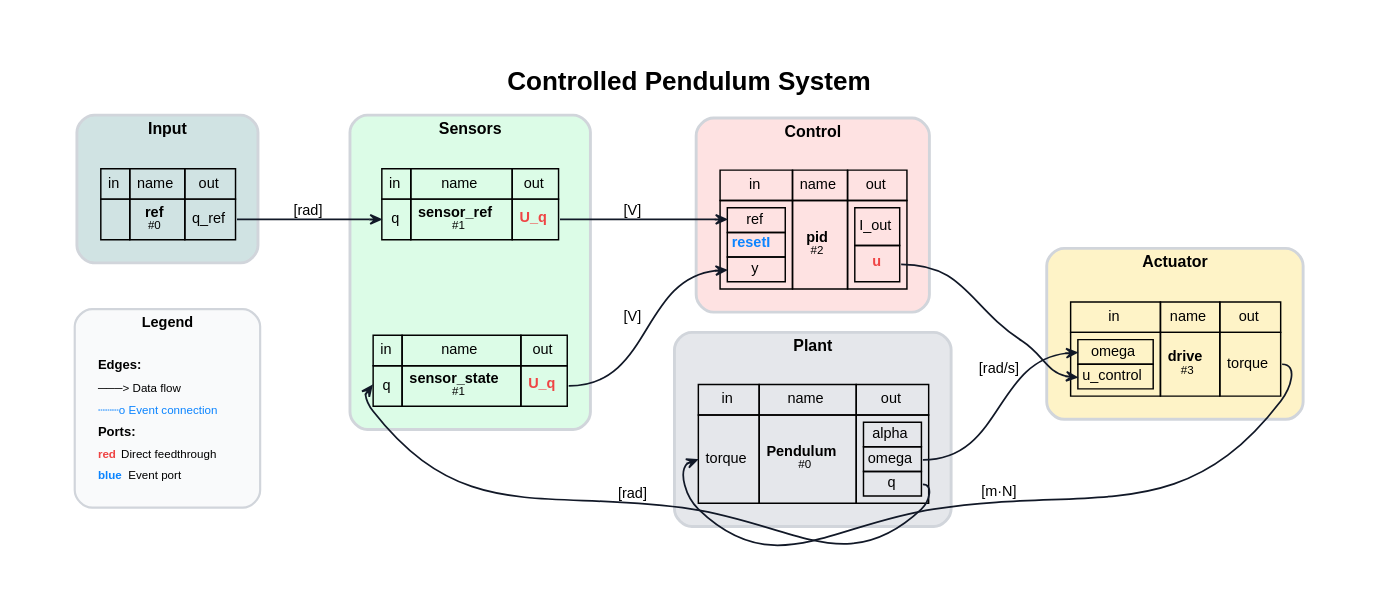
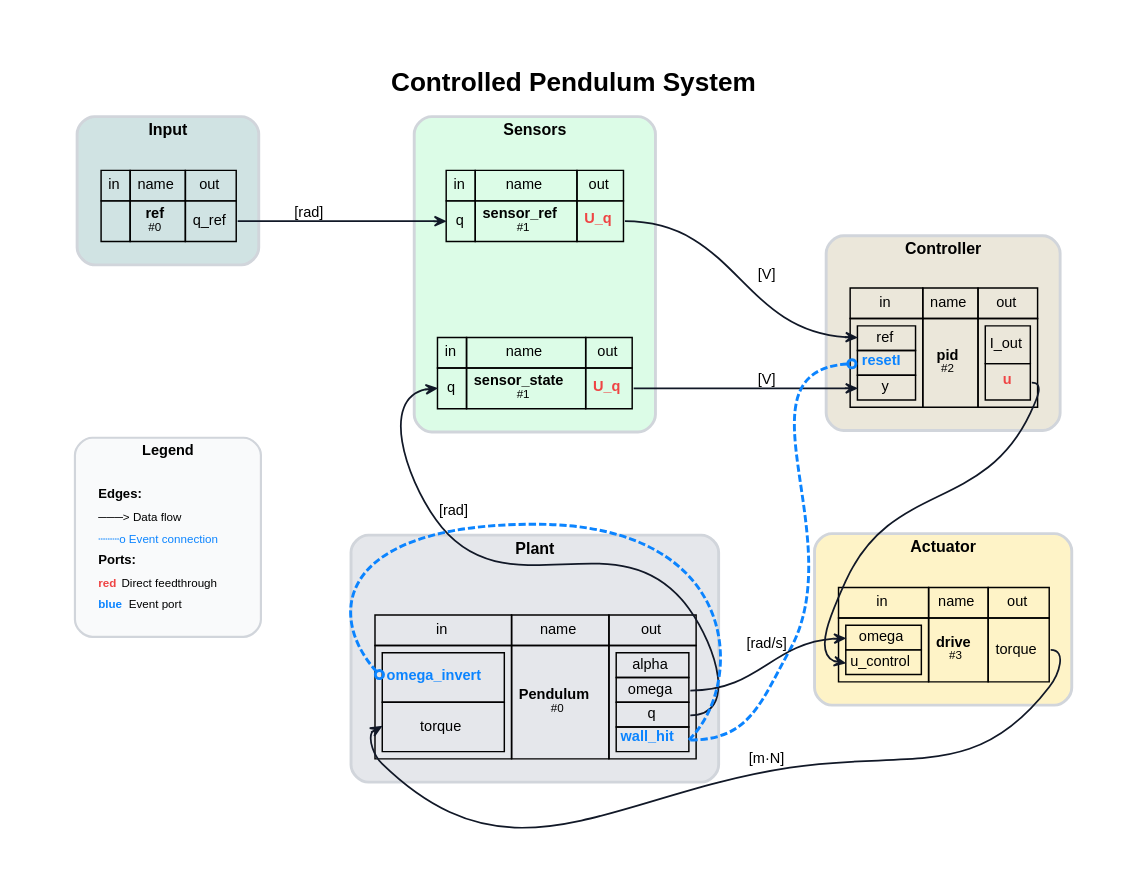
Before and after one commit to FlorianFrech/SystemSimulation: the diagram in demos/ControlledPendulum/Digraph.gv, drawn with Graphviz. The commit also changed 25 other files, not shown here.

```diff
--- a/demos/ControlledPendulum/Digraph.gv
+++ b/demos/ControlledPendulum/Digraph.gv
@@ -1,47 +1,49 @@
 // System: Controlled Pendulum System
 digraph {
 	graph [bgcolor=white compound=true esep=0 fontname="Helvetica-Bold" fontsize=18 label="Controlled Pendulum System" labelloc=t margin=0.2 nodesep=0.8 pad=0.5 rankdir=LR ranksep=0.8 sep=0 splines=true]
 	node [fillcolor=white fontname=Helvetica fontsize=10 margin="0.05,0.05" shape=plaintext style=""]
 	edge [arrowhead=vee arrowsize=0.7 arrowtail=none color="#111827" dir=forward fontname=Helvetica fontsize=10 labelangle=45 labelfontcolor="#374151" minlen=1.2 penwidth=1.2]
 	subgraph cluster_legend {
 		bgcolor="#f9fafb" color="#d1d5db" fontname="Helvetica-Bold" fontsize=10 label=Legend margin=8 penwidth=1.5 rank=sink style=rounded
 		legend_node [label=<
             <TABLE BORDER="0" CELLBORDER="0" CELLSPACING="2" CELLPADDING="2">
                 <TR><TD ALIGN="LEFT"><FONT POINT-SIZE="9"><B>Edges:</B></FONT></TD></TR>
                 <TR><TD ALIGN="LEFT"><FONT POINT-SIZE="8">───&gt; Data flow</FONT></TD></TR>
                 <TR><TD ALIGN="LEFT"><FONT POINT-SIZE="8" COLOR="#0b84ff">┄┄┄o Event connection</FONT></TD></TR>
                 <TR><TD ALIGN="LEFT"><FONT POINT-SIZE="9"><B>Ports:</B></FONT></TD></TR>
                 <TR><TD ALIGN="LEFT"><FONT POINT-SIZE="8" COLOR="#ef4444"><B>red</B></FONT> Direct feedthrough</TD></TR>
                 <TR><TD ALIGN="LEFT"><FONT POINT-SIZE="8" COLOR="#0b84ff"><B>blue</B></FONT> Event port</TD></TR>
             </TABLE>
             > fontsize=8 shape=plaintext]
 	}
 	subgraph cluster_Input {
 		bgcolor="#d0e3e3" color="#d1d5db" fontname="Helvetica-Bold" fontsize=11 label=Input margin=12 penwidth=2 style=rounded
 		ref [label=<<TABLE BORDER="0" CELLBORDER="1" CELLSPACING="0" CELLPADDING="4"><TR><TD>in</TD><TD>name</TD><TD>out</TD></TR><TR><TD></TD><TD><B>ref</B><BR/><FONT POINT-SIZE="8">#0</FONT></TD><TD PORT="q_ref">q_ref</TD></TR></TABLE>>]
 	}
 	subgraph cluster_Sensors {
 		bgcolor="#dcfce7" color="#d1d5db" fontname="Helvetica-Bold" fontsize=11 label=Sensors margin=12 penwidth=2 style=rounded
 		sensor_ref [label=<<TABLE BORDER="0" CELLBORDER="1" CELLSPACING="0" CELLPADDING="4"><TR><TD>in</TD><TD>name</TD><TD>out</TD></TR><TR><TD PORT="q">q</TD><TD><B>sensor_ref</B><BR/><FONT POINT-SIZE="8">#1</FONT></TD><TD PORT="U_q"><FONT COLOR="#ef4444"><B>U_q</B></FONT></TD></TR></TABLE>>]
 		sensor_state [label=<<TABLE BORDER="0" CELLBORDER="1" CELLSPACING="0" CELLPADDING="4"><TR><TD>in</TD><TD>name</TD><TD>out</TD></TR><TR><TD PORT="q">q</TD><TD><B>sensor_state</B><BR/><FONT POINT-SIZE="8">#1</FONT></TD><TD PORT="U_q"><FONT COLOR="#ef4444"><B>U_q</B></FONT></TD></TR></TABLE>>]
 	}
-	subgraph cluster_Control {
-		bgcolor="#fee2e2" color="#d1d5db" fontname="Helvetica-Bold" fontsize=11 label=Control margin=12 penwidth=2 style=rounded
+	subgraph cluster_Controller {
+		bgcolor="#ebe7da" color="#d1d5db" fontname="Helvetica-Bold" fontsize=11 label=Controller margin=12 penwidth=2 style=rounded
 		pid [label=<<TABLE BORDER="0" CELLBORDER="1" CELLSPACING="0" CELLPADDING="4"><TR><TD>in</TD><TD>name</TD><TD>out</TD></TR><TR><TD><TABLE BORDER="0" CELLBORDER="1" CELLSPACING="0" CELLPADDING="2"><TR><TD PORT="ref">ref</TD></TR><TR><TD PORT="resetI"><FONT COLOR="#0b84ff"><B>resetI</B></FONT></TD></TR><TR><TD PORT="y">y</TD></TR></TABLE></TD><TD><B>pid</B><BR/><FONT POINT-SIZE="8">#2</FONT></TD><TD><TABLE BORDER="0" CELLBORDER="1" CELLSPACING="0" CELLPADDING="2"><TR><TD PORT="I_out">I_out</TD></TR><TR><TD PORT="u"><FONT COLOR="#ef4444"><B>u</B></FONT></TD></TR></TABLE></TD></TR></TABLE>>]
 	}
 	subgraph cluster_Actuator {
 		bgcolor="#fef3c7" color="#d1d5db" fontname="Helvetica-Bold" fontsize=11 label=Actuator margin=12 penwidth=2 style=rounded
 		drive [label=<<TABLE BORDER="0" CELLBORDER="1" CELLSPACING="0" CELLPADDING="4"><TR><TD>in</TD><TD>name</TD><TD>out</TD></TR><TR><TD><TABLE BORDER="0" CELLBORDER="1" CELLSPACING="0" CELLPADDING="2"><TR><TD PORT="omega">omega</TD></TR><TR><TD PORT="u_control">u_control</TD></TR></TABLE></TD><TD><B>drive</B><BR/><FONT POINT-SIZE="8">#3</FONT></TD><TD PORT="torque">torque</TD></TR></TABLE>>]
 	}
 	subgraph cluster_Plant {
 		bgcolor="#e5e7eb" color="#d1d5db" fontname="Helvetica-Bold" fontsize=11 label=Plant margin=12 penwidth=2 style=rounded
-		Pendulum [label=<<TABLE BORDER="0" CELLBORDER="1" CELLSPACING="0" CELLPADDING="4"><TR><TD>in</TD><TD>name</TD><TD>out</TD></TR><TR><TD PORT="torque">torque</TD><TD><B>Pendulum</B><BR/><FONT POINT-SIZE="8">#0</FONT></TD><TD><TABLE BORDER="0" CELLBORDER="1" CELLSPACING="0" CELLPADDING="2"><TR><TD PORT="alpha">alpha</TD></TR><TR><TD PORT="omega">omega</TD></TR><TR><TD PORT="q">q</TD></TR></TABLE></TD></TR></TABLE>>]
+		Pendulum [label=<<TABLE BORDER="0" CELLBORDER="1" CELLSPACING="0" CELLPADDING="4"><TR><TD>in</TD><TD>name</TD><TD>out</TD></TR><TR><TD><TABLE BORDER="0" CELLBORDER="1" CELLSPACING="0" CELLPADDING="2"><TR><TD PORT="omega_invert"><FONT COLOR="#0b84ff"><B>omega_invert</B></FONT></TD></TR><TR><TD PORT="torque">torque</TD></TR></TABLE></TD><TD><B>Pendulum</B><BR/><FONT POINT-SIZE="8">#0</FONT></TD><TD><TABLE BORDER="0" CELLBORDER="1" CELLSPACING="0" CELLPADDING="2"><TR><TD PORT="alpha">alpha</TD></TR><TR><TD PORT="omega">omega</TD></TR><TR><TD PORT="q">q</TD></TR><TR><TD PORT="wall_hit"><FONT COLOR="#0b84ff"><B>wall_hit</B></FONT></TD></TR></TABLE></TD></TR></TABLE>>]
 	}
 	ref -> sensor_ref [label="[rad]" color="#111827" headclip=true headport="q:w" style=solid tailclip=true tailport="q_ref:e"]
 	Pendulum -> sensor_state [label="[rad]" color="#111827" headclip=true headport="q:w" style=solid tailclip=true tailport="q:e"]
 	sensor_ref -> pid [label="[V]" color="#111827" headclip=true headport="ref:w" style=solid tailclip=true tailport="U_q:e"]
 	sensor_state -> pid [label="[V]" color="#111827" headclip=true headport="y:w" style=solid tailclip=true tailport="U_q:e"]
 	pid -> drive [label="" color="#111827" headclip=true headport="u_control:w" style=solid tailclip=true tailport="u:e"]
 	drive -> Pendulum [label="[m·N]" color="#111827" headclip=true headport="torque:w" style=solid tailclip=true tailport="torque:e"]
 	Pendulum -> drive [label="[rad/s]" color="#111827" headclip=true headport="omega:w" style=solid tailclip=true tailport="omega:e"]
+	Pendulum -> Pendulum [label="" arrowhead=odot color="#0b84ff" fontcolor="#0b84ff" headclip=true headport="omega_invert:w" penwidth=2.0 style=dashed tailclip=true tailport="wall_hit:e"]
+	Pendulum -> pid [label="" arrowhead=odot color="#0b84ff" fontcolor="#0b84ff" headclip=true headport="resetI:w" penwidth=2.0 style=dashed tailclip=true tailport="wall_hit:e"]
 }
```
